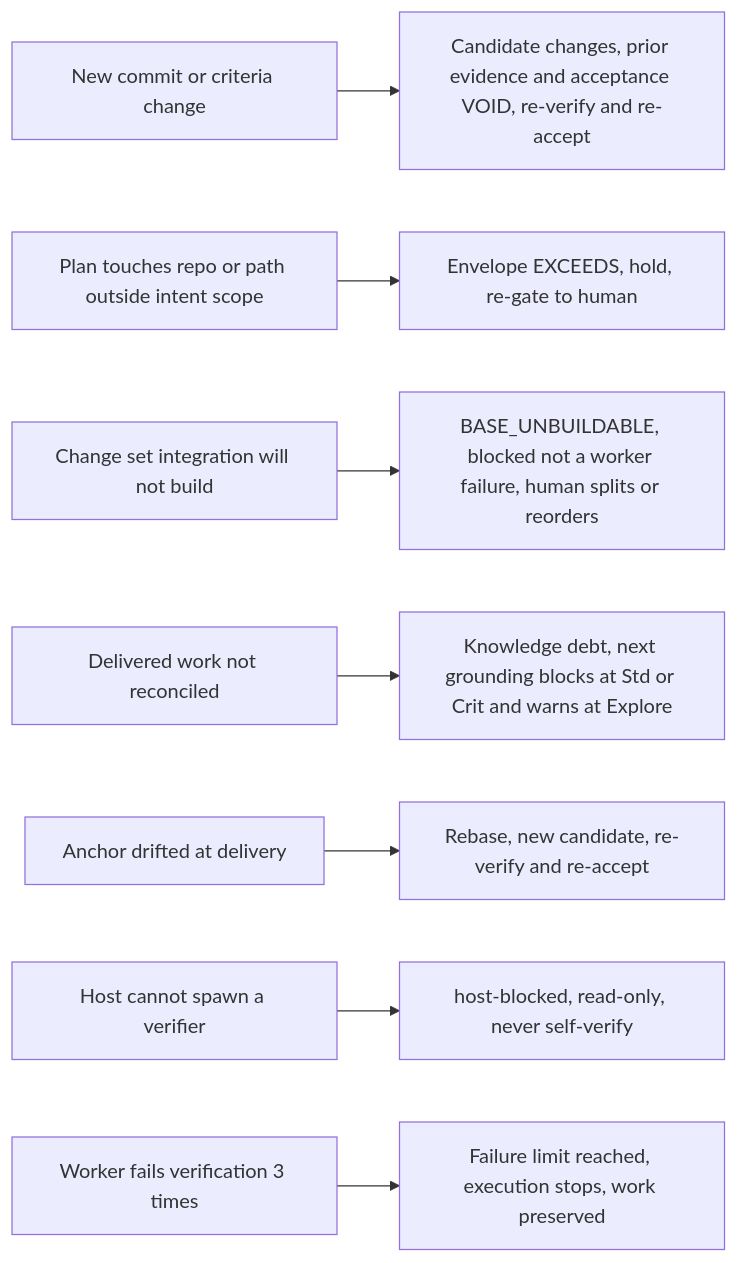
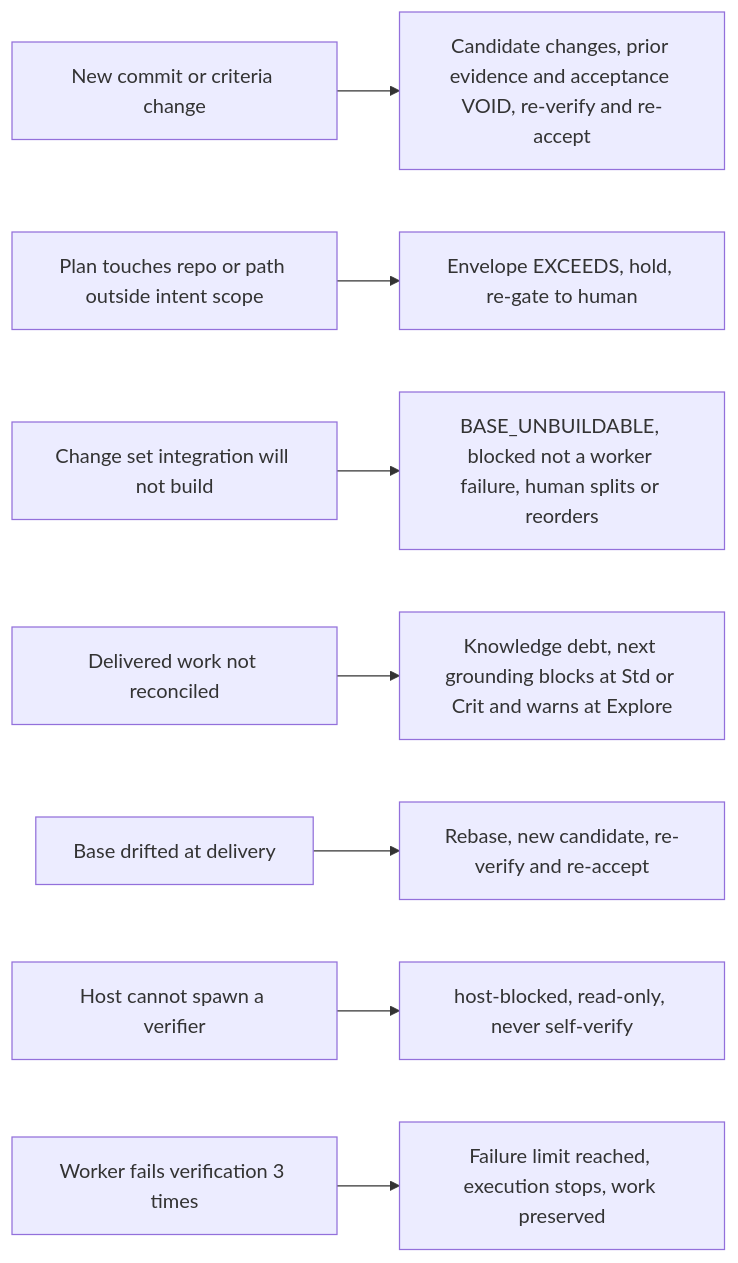
One commit to kaotypr/context-circuit-source changed the sixth of 7 diagrams in sources/context-circuit-v1.0/diagrams.md. Above: the diagram before and after it, drawn with Mermaid. The commit also changed 73 other files, not shown here.

Commit message:
refactor(repository): rename anchor branches to base branches

````diff
--- a/sources/context-circuit-v1.0/diagrams.md
+++ b/sources/context-circuit-v1.0/diagrams.md
@@ -132,10 +132,10 @@
 ```mermaid
 flowchart LR
     C1[New commit or criteria change] --> C1b[Candidate changes, prior evidence and acceptance VOID, re-verify and re-accept]
     C2[Plan touches repo or path outside intent scope] --> C2b[Envelope EXCEEDS, hold, re-gate to human]
     C3[Change set integration will not build] --> C3b[BASE_UNBUILDABLE, blocked not a worker failure, human splits or reorders]
     C4[Delivered work not reconciled] --> C4b[Knowledge debt, next grounding blocks at Std or Crit and warns at Explore]
-    C5[Anchor drifted at delivery] --> C5b[Rebase, new candidate, re-verify and re-accept]
+    C5[Base drifted at delivery] --> C5b[Rebase, new candidate, re-verify and re-accept]
     C6[Host cannot spawn a verifier] --> C6b[host-blocked, read-only, never self-verify]
     C7[Worker fails verification 3 times] --> C7b[Failure limit reached, execution stops, work preserved]
 ```
````
